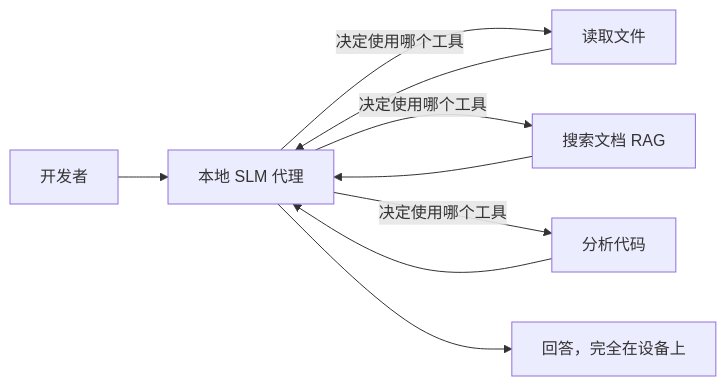
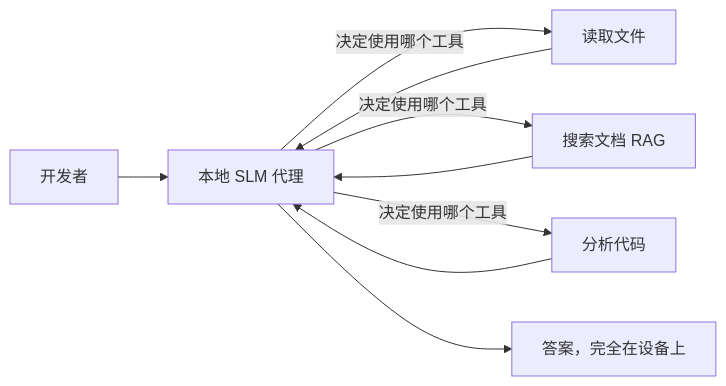
One commit to microsoft/ai-agents-for-beginners changed the first of 4 diagrams in translations/zh-CN/17-creating-local-ai-agents/README.md. Above: the diagram before and after it, drawn with Mermaid. The commit also changed other lines of this file and 47 other files, not shown here.

````diff
--- a/translations/zh-CN/17-creating-local-ai-agents/README.md
+++ b/translations/zh-CN/17-creating-local-ai-agents/README.md
@@ -66,11 +66,11 @@
 ```mermaid
 flowchart LR
     U[开发者] --> A[本地 SLM 代理]
     A -->|决定使用哪个工具| T1[读取文件]
     A -->|决定使用哪个工具| T2[搜索文档 RAG]
     A -->|决定使用哪个工具| T3[分析代码]
     T1 --> A
     T2 --> A
     T3 --> A
-    A --> R[回答，完全在设备上]
+    A --> R[答案，完全在设备上]
 ```
````
